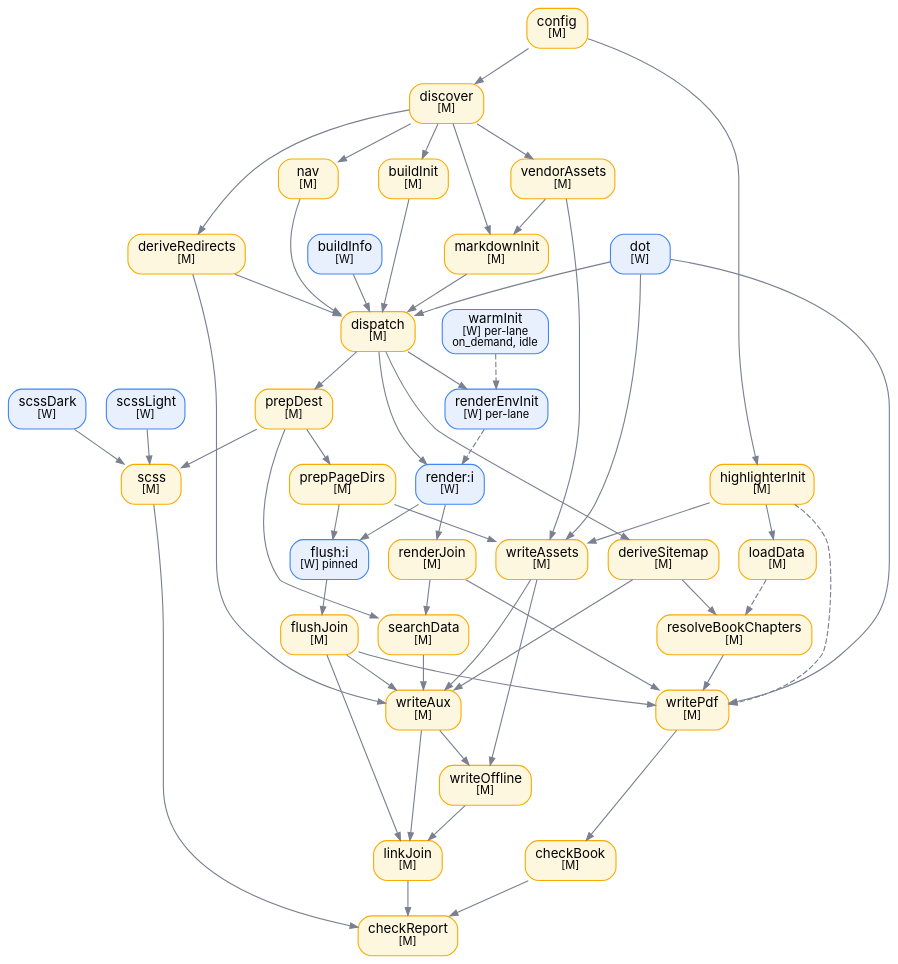
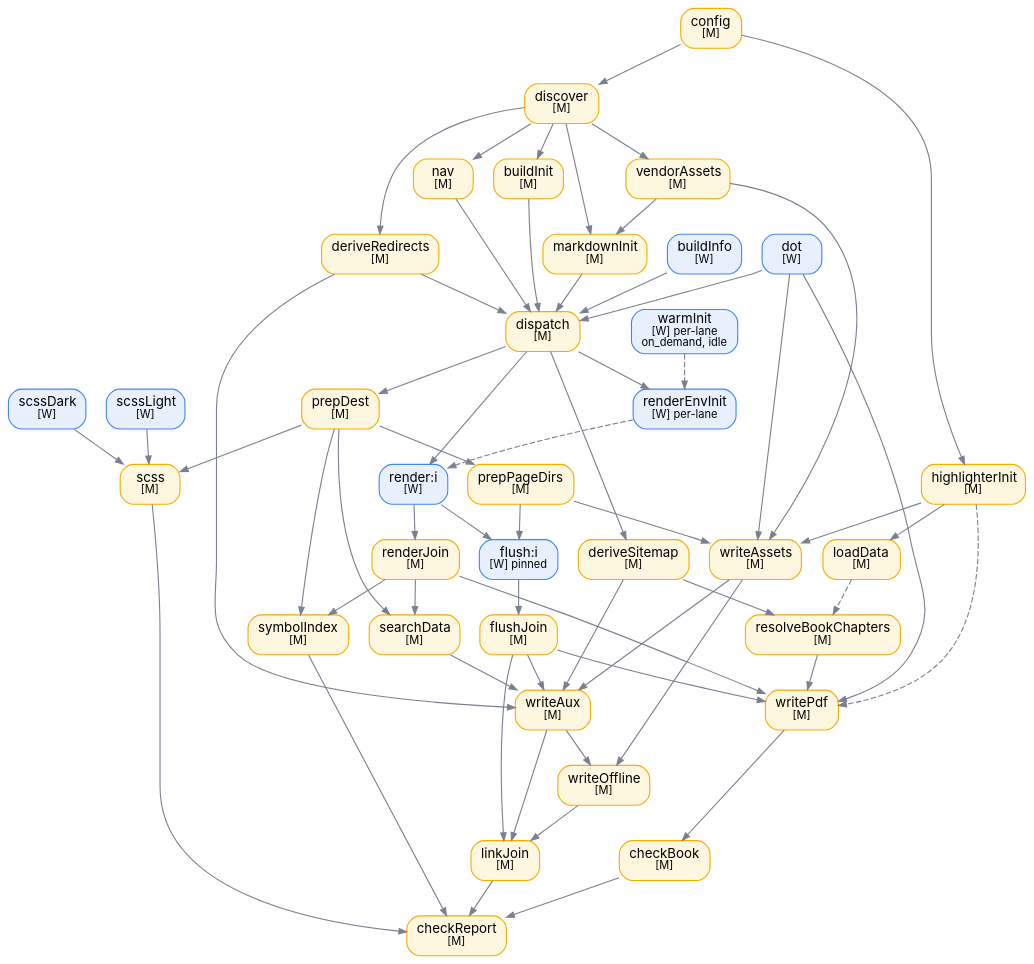
One commit to twinbasic/documentation changed the diagram in docs/assets/images/dot/scheduler-dag.dot. Above: the diagram before and after it, drawn with Graphviz. The commit also changed 30 other files, not shown here.

```diff
--- a/docs/assets/images/dot/scheduler-dag.dot
+++ b/docs/assets/images/dot/scheduler-dag.dot
@@ -1,143 +1,148 @@
 // Task DAG of the SAB pull scheduler. See docs/Documentation/Builder.md.
 
 digraph scheduler {
     rankdir=TB
     bgcolor="transparent"
     nodesep=0.25
     ranksep=0.45
     splines=true
 
     node [
         shape=box
         style="rounded,filled"
         fontname="Inter,system-ui,-apple-system,Segoe UI,sans-serif"
         fontsize=12
         margin="0.12,0.06"
     ]
     edge [
         color="#7a8090"
         fontname="Inter,system-ui,-apple-system,Segoe UI,sans-serif"
         fontsize=10
         arrowsize=0.7
     ]
     graph [
         margin=0
     ]
 
     // ── Colour scheme ───────────────────────────────────────────────────
     // [M] main thread → fef7e0 fill / f9ab00 stroke
     // [W] worker      → e8f0fe fill / 4285f4 stroke
 
     // ── Nodes ───────────────────────────────────────────────────────────
 
     CF  [label=<config<BR/><FONT POINT-SIZE="10">[M]</FONT>>,             fillcolor="#fef7e0", color="#f9ab00"]
     BI  [label=<buildInfo<BR/><FONT POINT-SIZE="10">[W]</FONT>>,          fillcolor="#e8f0fe", color="#4285f4"]
     SL  [label=<scssLight<BR/><FONT POINT-SIZE="10">[W]</FONT>>,          fillcolor="#e8f0fe", color="#4285f4"]
     SD  [label=<scssDark<BR/><FONT POINT-SIZE="10">[W]</FONT>>,           fillcolor="#e8f0fe", color="#4285f4"]
     HI  [label=<highlighterInit<BR/><FONT POINT-SIZE="10">[M]</FONT>>,    fillcolor="#fef7e0", color="#f9ab00"]
     LD  [label=<loadData<BR/><FONT POINT-SIZE="10">[M]</FONT>>,           fillcolor="#fef7e0", color="#f9ab00"]
     WI  [label=<warmInit<BR/><FONT POINT-SIZE="10">[W] per-lane<BR/>on_demand, idle</FONT>>, fillcolor="#e8f0fe", color="#4285f4"]
 
     DI  [label=<discover<BR/><FONT POINT-SIZE="10">[M]</FONT>>,           fillcolor="#fef7e0", color="#f9ab00"]
     VA  [label=<vendorAssets<BR/><FONT POINT-SIZE="10">[M]</FONT>>,       fillcolor="#fef7e0", color="#f9ab00"]
     NV  [label=<nav<BR/><FONT POINT-SIZE="10">[M]</FONT>>,                fillcolor="#fef7e0", color="#f9ab00"]
     BU  [label=<buildInit<BR/><FONT POINT-SIZE="10">[M]</FONT>>,          fillcolor="#fef7e0", color="#f9ab00"]
     MI  [label=<markdownInit<BR/><FONT POINT-SIZE="10">[M]</FONT>>,       fillcolor="#fef7e0", color="#f9ab00"]
     DR  [label=<deriveRedirects<BR/><FONT POINT-SIZE="10">[M]</FONT>>,    fillcolor="#fef7e0", color="#f9ab00"]
     DT  [label=<dot<BR/><FONT POINT-SIZE="10">[W]</FONT>>,                fillcolor="#e8f0fe", color="#4285f4"]
     DSi [label=<deriveSitemap<BR/><FONT POINT-SIZE="10">[M]</FONT>>,      fillcolor="#fef7e0", color="#f9ab00"]
     RBC [label=<resolveBookChapters<BR/><FONT POINT-SIZE="10">[M]</FONT>>, fillcolor="#fef7e0", color="#f9ab00"]
 
     DP  [label=<dispatch<BR/><FONT POINT-SIZE="10">[M]</FONT>>,           fillcolor="#fef7e0", color="#f9ab00"]
     PD  [label=<prepDest<BR/><FONT POINT-SIZE="10">[M]</FONT>>,           fillcolor="#fef7e0", color="#f9ab00"]
     PPD [label=<prepPageDirs<BR/><FONT POINT-SIZE="10">[M]</FONT>>,       fillcolor="#fef7e0", color="#f9ab00"]
     REI [label=<renderEnvInit<BR/><FONT POINT-SIZE="10">[W] per-lane</FONT>>, fillcolor="#e8f0fe", color="#4285f4"]
     Ri  [label=<render:i<BR/><FONT POINT-SIZE="10">[W]</FONT>>,           fillcolor="#e8f0fe", color="#4285f4"]
     RJ  [label=<renderJoin<BR/><FONT POINT-SIZE="10">[M]</FONT>>,         fillcolor="#fef7e0", color="#f9ab00"]
 
     SCSS [label=<scss<BR/><FONT POINT-SIZE="10">[M]</FONT>>,              fillcolor="#fef7e0", color="#f9ab00"]
     Fi   [label=<flush:i<BR/><FONT POINT-SIZE="10">[W] pinned</FONT>>,    fillcolor="#e8f0fe", color="#4285f4"]
     FJ   [label=<flushJoin<BR/><FONT POINT-SIZE="10">[M]</FONT>>,         fillcolor="#fef7e0", color="#f9ab00"]
     WA   [label=<writeAssets<BR/><FONT POINT-SIZE="10">[M]</FONT>>,       fillcolor="#fef7e0", color="#f9ab00"]
     SDt  [label=<searchData<BR/><FONT POINT-SIZE="10">[M]</FONT>>,        fillcolor="#fef7e0", color="#f9ab00"]
+    SYM  [label=<symbolIndex<BR/><FONT POINT-SIZE="10">[M]</FONT>>,       fillcolor="#fef7e0", color="#f9ab00"]
     WX   [label=<writeAux<BR/><FONT POINT-SIZE="10">[M]</FONT>>,          fillcolor="#fef7e0", color="#f9ab00"]
     WO   [label=<writeOffline<BR/><FONT POINT-SIZE="10">[M]</FONT>>,      fillcolor="#fef7e0", color="#f9ab00"]
     WP   [label=<writePdf<BR/><FONT POINT-SIZE="10">[M]</FONT>>,          fillcolor="#fef7e0", color="#f9ab00"]
 
     LJ   [label=<linkJoin<BR/><FONT POINT-SIZE="10">[M]</FONT>>,          fillcolor="#fef7e0", color="#f9ab00"]
     CB   [label=<checkBook<BR/><FONT POINT-SIZE="10">[M]</FONT>>,         fillcolor="#fef7e0", color="#f9ab00"]
     CR   [label=<checkReport<BR/><FONT POINT-SIZE="10">[M]</FONT>>,       fillcolor="#fef7e0", color="#f9ab00"]
 
     // ── Edges ───────────────────────────────────────────────────────────
 
     CF -> DI
     CF -> HI
     HI -> LD
     DI -> NV
     DI -> BU
     DI -> MI
     DI -> DR
     DI -> VA
     VA -> MI
 
     NV -> DP
     BU -> DP
     BI -> DP
     DT -> DP
     DR -> DP
     MI -> DP
 
     DP -> PD
     DP -> DSi
     DP -> REI
     DP -> Ri
 
     PD -> PPD
     PD -> SCSS
     SL -> SCSS
     SD -> SCSS
 
     DSi -> RBC
     LD  -> RBC [style=dashed]
 
     WI  -> REI [style=dashed]
     REI -> Ri  [style=dashed]
 
     Ri  -> Fi
     Ri  -> RJ
     PPD -> Fi
     Fi  -> FJ
 
     DT  -> WA
     PPD -> WA
     HI  -> WA
     VA  -> WA
 
     RJ -> SDt
     PD -> SDt
 
+    RJ -> SYM
+    PD -> SYM
+
     WA  -> WX
     SDt -> WX
     FJ  -> WX
     DR  -> WX
     DSi -> WX
 
     WX -> WO
     WA -> WO
 
     FJ  -> WP
     RJ  -> WP
     DT  -> WP
     RBC -> WP
     HI  -> WP [style=dashed]
 
     FJ -> LJ
     WX -> LJ
     WO -> LJ
 
     WP -> CB
 
     LJ   -> CR
     CB   -> CR
     SCSS -> CR
+    SYM  -> CR
 }
```
